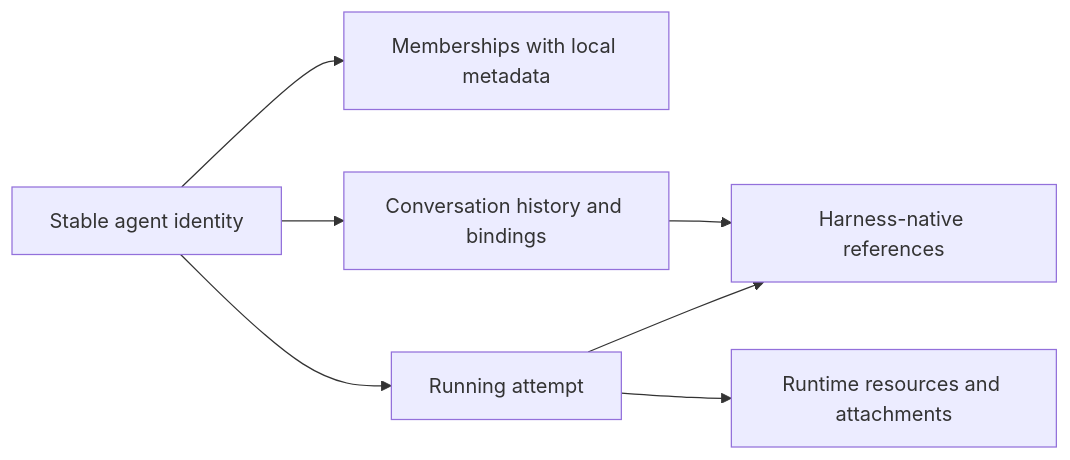
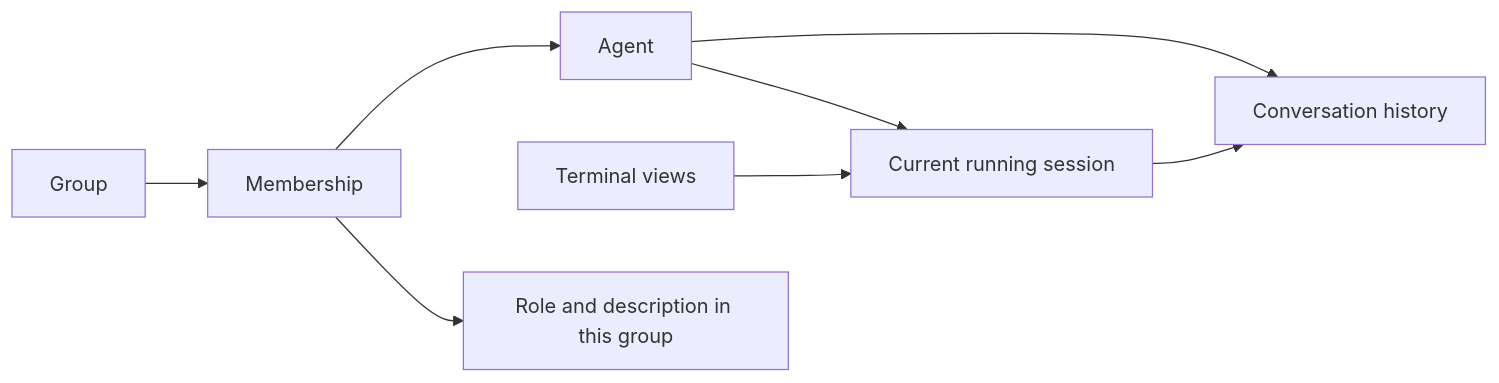
Before and after one commit to tofutools/tclaude: the diagram in docs/v2-plan-and-ideas/model.md, drawn with Mermaid. The commit also changed other lines of this file and 4 other files, not shown here.

Commit message:
docs: explain exploratory architecture through user actions

````diff
--- a/docs/v2-plan-and-ideas/model.md
+++ b/docs/v2-plan-and-ideas/model.md
@@ -20,9 +24,10 @@
 ```mermaid
 flowchart LR
-    A[Stable agent identity] --> M[Memberships with local metadata]
-    A --> C[Conversation history and bindings]
-    A --> E[Running attempt]
-    C --> H[Harness-native references]
-    E --> H
-    E --> R[Runtime resources and attachments]
+    G[Group] --> M[Membership]
+    M --> A[Agent]
+    A --> S[Current running session]
+    A --> C[Conversation history]
+    S --> C
+    T[Terminal views] --> S
+    M --> L[Role and description in this group]
 ```
````
